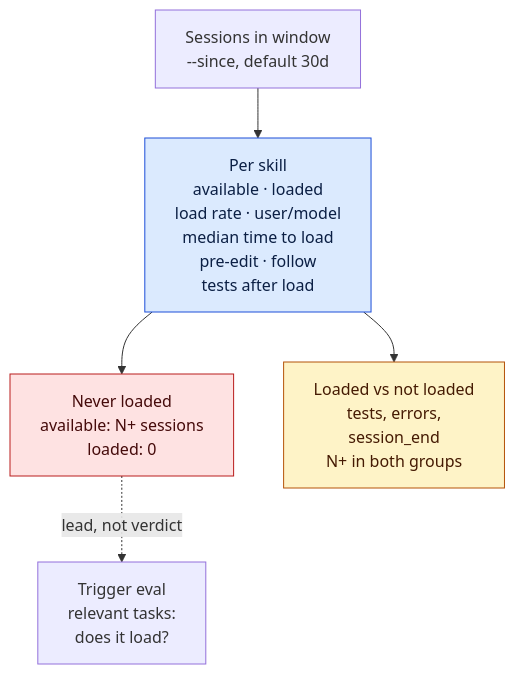
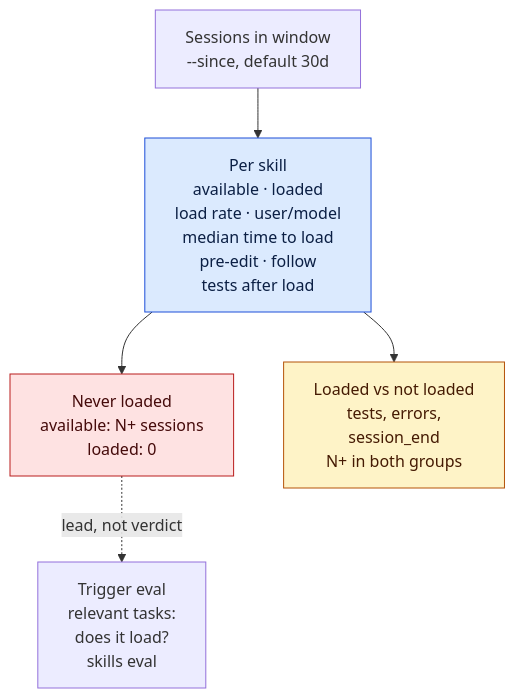
The seventh of 7 diagrams in docs/skills.md (Siddhant-K-code/agent-trace), drawn with Mermaid before and after one commit. The commit also changed other lines of this file and 13 other files, not shown here.

First line of the commit message:
Add experimental skills eval; record subagent hook sessions (#270)

````diff
--- a/docs/skills.md
+++ b/docs/skills.md
@@ -151,10 +151,10 @@
 ```mermaid
 flowchart TD
     W["Sessions in window<br/>--since, default 30d"] --> P["Per skill<br/>available · loaded<br/>load rate · user/model<br/>median time to load<br/>pre-edit · follow<br/>tests after load"]:::fact
     P --> N["Never loaded<br/>available: N+ sessions<br/>loaded: 0"]:::none
     P --> C["Loaded vs not loaded<br/>tests, errors,<br/>session_end<br/>N+ in both groups"]:::signal
-    N -. "lead, not verdict" .-> E["Trigger eval<br/>relevant tasks:<br/>does it load?"]
+    N -. "lead, not verdict" .-> E["Trigger eval<br/>relevant tasks:<br/>does it load?<br/>skills eval"]
     classDef fact fill:#dbeafe,stroke:#1d4ed8,color:#0b1f44
     classDef signal fill:#fef3c7,stroke:#b45309,color:#451a03
     classDef none fill:#fee2e2,stroke:#b91c1c,color:#450a0a
 ```
````
